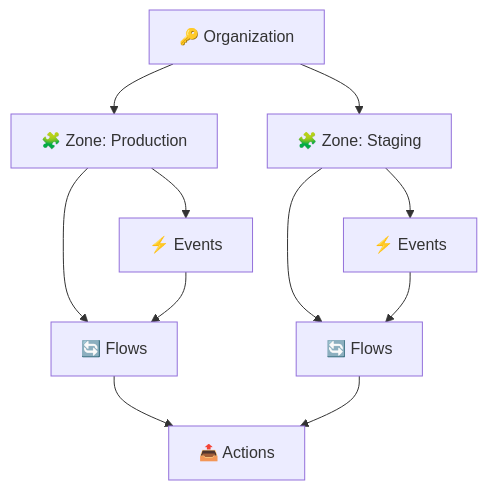
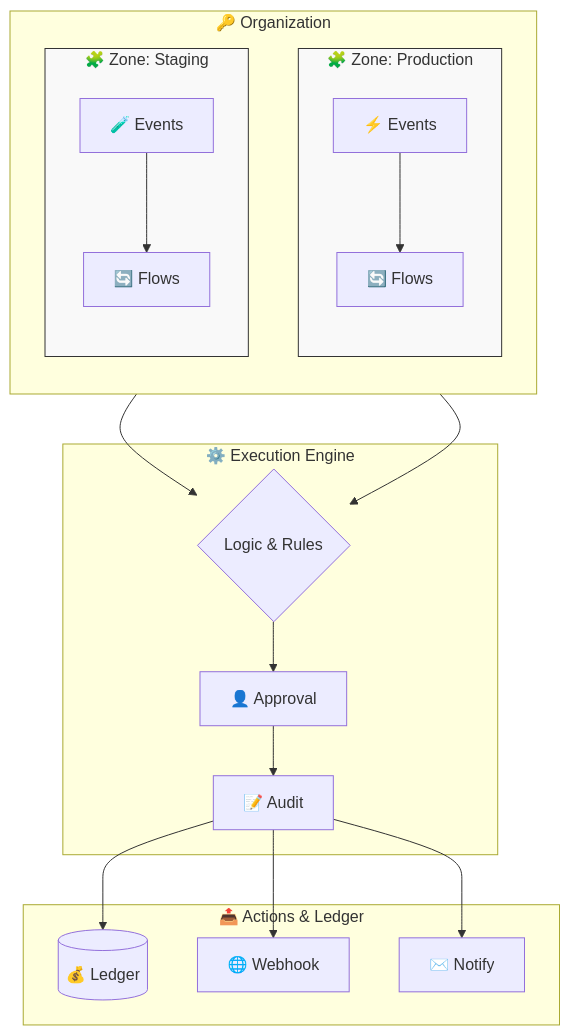
Before and after one commit to Sapliy/.github: the first of 2 diagrams in profile/README.md, drawn with Mermaid.

Commit message:
Enhance README diagram with subgraphs and flows
Updated the diagram to include subgraphs for Production and Staging zones, and improved the flow representation.

````diff
--- a/profile/README.md
+++ b/profile/README.md
@@ -13,13 +13,43 @@
 ```mermaid
 graph TD
-    Org[🔑 Organization] --> Zone1[🧩 Zone: Production]
-    Org --> Zone2[🧩 Zone: Staging]
-    Zone1 --> Event1[⚡ Events]
-    Zone1 --> Flow1[🔄 Flows]
-    Zone2 --> Event2[⚡ Events]
-    Zone2 --> Flow2[🔄 Flows]
-    Event1 --> Flow1
-    Event2 --> Flow2
-    Flow1 --> Actions[📤 Actions]
-    Flow2 --> Actions
+    subgraph Organization["🔑 Organization"]
+        direction TB
+        subgraph ZoneProd["🧩 Zone: Production"]
+            direction TB
+            P_Events[⚡ Events]
+            P_Flows[🔄 Flows]
+            P_Events --> P_Flows
+        end
+        
+        subgraph ZoneStaging["🧩 Zone: Staging"]
+            direction TB
+            S_Events[🧪 Events]
+            S_Flows[🔄 Flows]
+            S_Events --> S_Flows
+        end
+    end
+
+    subgraph FlowEngine["⚙️ Execution Engine"]
+        Logic{Logic & Rules}
+        Approval[👤 Approval]
+        Audit[📝 Audit]
+    end
+
+    subgraph Outputs["📤 Actions & Ledger"]
+        Ledger[(💰 Ledger)]
+        Webhook[🌐 Webhook]
+        Notify[✉️ Notify]
+    end
+
+    P_Flows --> Logic
+    S_Flows --> Logic
+    
+    Logic --> Approval
+    Approval --> Audit
+    Audit --> Webhook
+    Audit --> Notify
+    Audit --> Ledger
+
+    classDef zone fill:#f9f9f9,stroke:#333,stroke-width:1px;
+    class ZoneProd,ZoneStaging zone;
 ```
````
